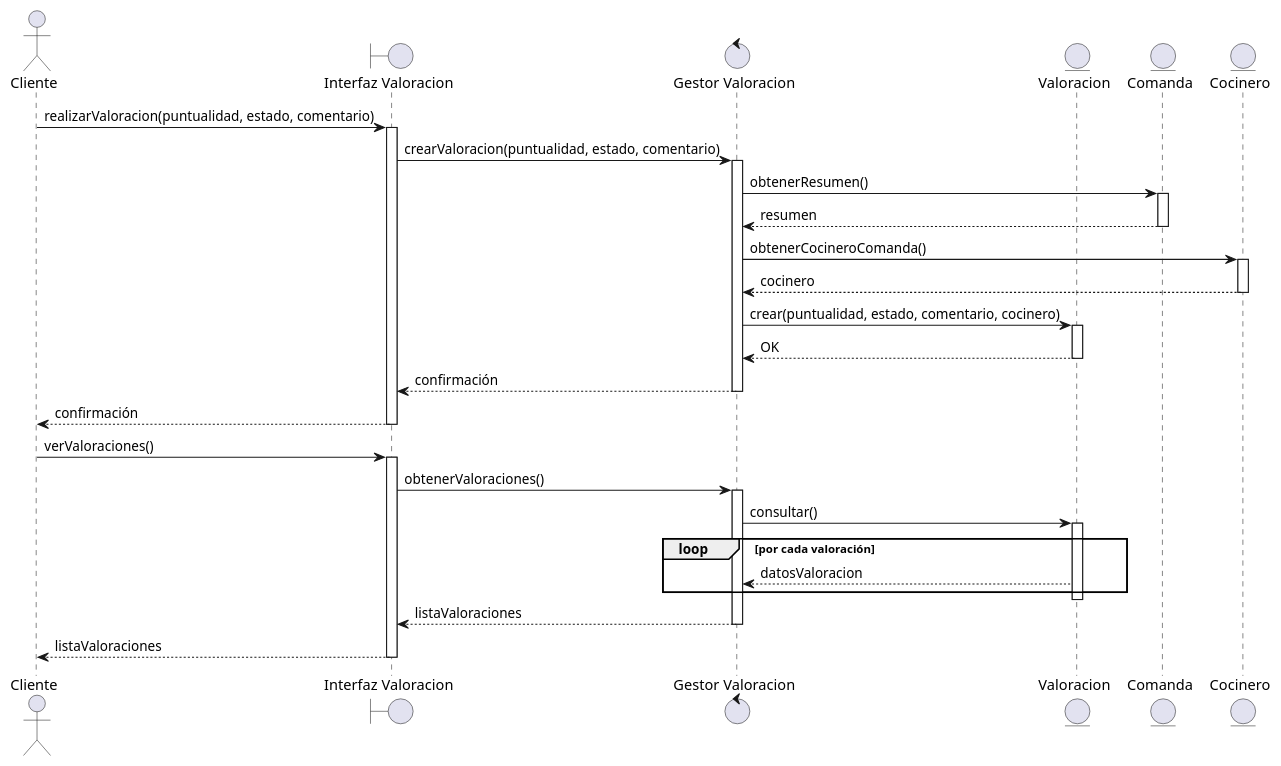
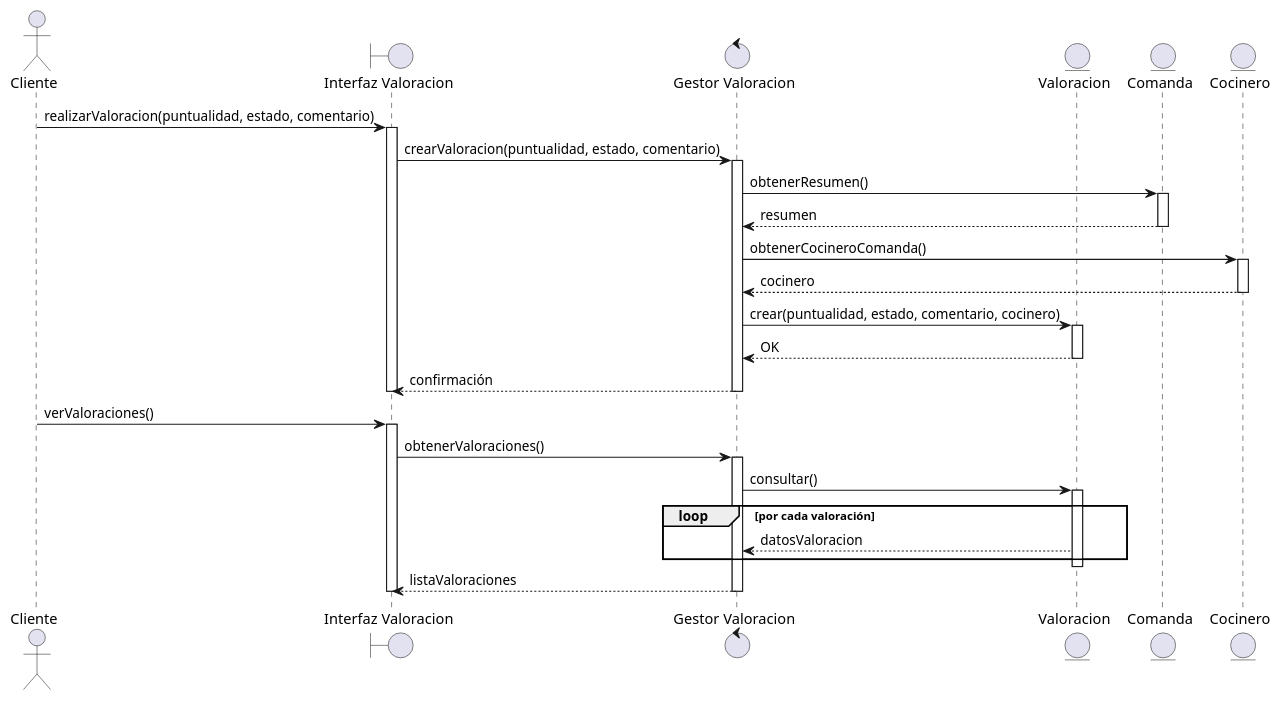
One commit to dabien3/ES25UAB-511-05 changed the diagram in documents/Diagramas Secuencia/CodigoUML/bloq5.pUML. Above: the diagram before and after it, drawn with PlantUML.

```diff
--- a/documents/Diagramas Secuencia/CodigoUML/bloq5.pUML
+++ b/documents/Diagramas Secuencia/CodigoUML/bloq5.pUML
@@ -1,55 +1,52 @@
 @startuml
 actor Cliente
 boundary "Interfaz Valoracion" as InterfazValoracion
 control "Gestor Valoracion" as GestorValoracion
 entity "Valoracion" as Valoracion
 entity "Comanda" as Comanda
 entity "Cocinero" as Cocinero
 
 Cliente -> InterfazValoracion : realizarValoracion(puntualidad, estado, comentario)
 activate InterfazValoracion
 
 InterfazValoracion -> GestorValoracion : crearValoracion(puntualidad, estado, comentario)
 activate GestorValoracion
 
 GestorValoracion -> Comanda : obtenerResumen()
 activate Comanda
 Comanda --> GestorValoracion : resumen
 deactivate Comanda
 
 GestorValoracion -> Cocinero : obtenerCocineroComanda()
 activate Cocinero
 Cocinero --> GestorValoracion : cocinero
 deactivate Cocinero
 
 GestorValoracion -> Valoracion : crear(puntualidad, estado, comentario, cocinero)
 activate Valoracion
 Valoracion --> GestorValoracion : OK
 deactivate Valoracion
 
 GestorValoracion --> InterfazValoracion : confirmación
 deactivate GestorValoracion
 
-InterfazValoracion --> Cliente : confirmación
 deactivate InterfazValoracion
 
 Cliente -> InterfazValoracion : verValoraciones()
 activate InterfazValoracion
 
 InterfazValoracion -> GestorValoracion : obtenerValoraciones()
 activate GestorValoracion
 
 GestorValoracion -> Valoracion : consultar()
 activate Valoracion
 loop por cada valoración
-Valoracion --> GestorValoracion : datosValoracion
+    Valoracion --> GestorValoracion : datosValoracion
 end
 deactivate Valoracion
 
 GestorValoracion --> InterfazValoracion : listaValoraciones
 deactivate GestorValoracion
 
-InterfazValoracion --> Cliente : listaValoraciones
 deactivate InterfazValoracion
-
 @enduml
```
